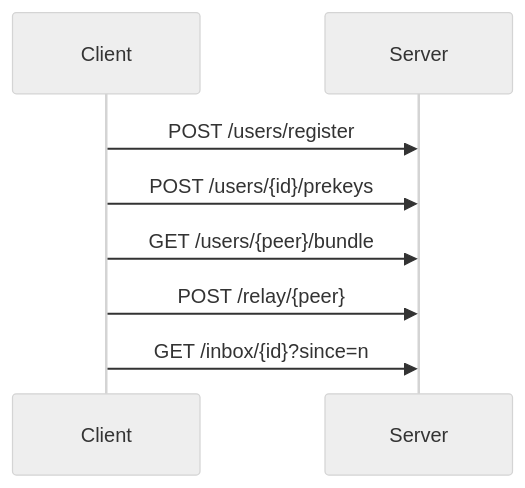
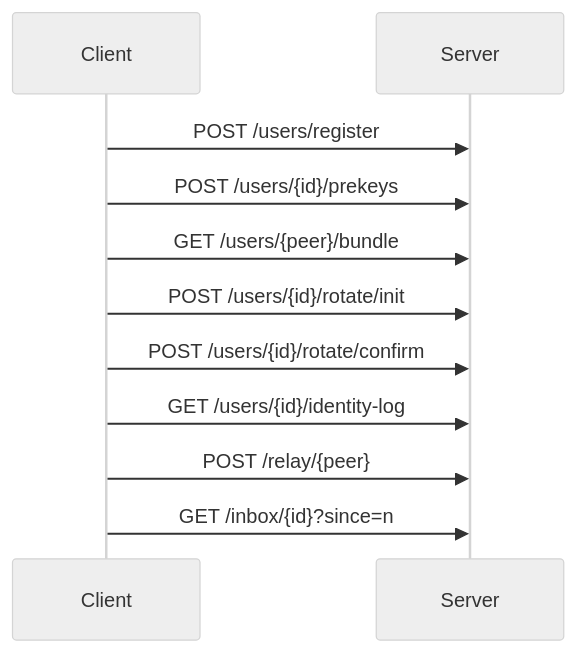
One commit to ErenAri/post-quantum-messaging-app changed the first of 2 diagrams in docs/API.md. Above: the diagram before and after it, drawn with Mermaid (neutral theme). The commit also changed other lines of this file and 43 other files, not shown here.

````diff
--- a/docs/API.md
+++ b/docs/API.md
@@ -14,10 +14,13 @@
 ```mermaid
 sequenceDiagram
     participant C as Client
     participant S as Server
     C->>S: POST /users/register
     C->>S: POST /users/{id}/prekeys
     C->>S: GET /users/{peer}/bundle
+    C->>S: POST /users/{id}/rotate/init
+    C->>S: POST /users/{id}/rotate/confirm
+    C->>S: GET /users/{id}/identity-log
     C->>S: POST /relay/{peer}
     C->>S: GET /inbox/{id}?since=n
 ```
````
